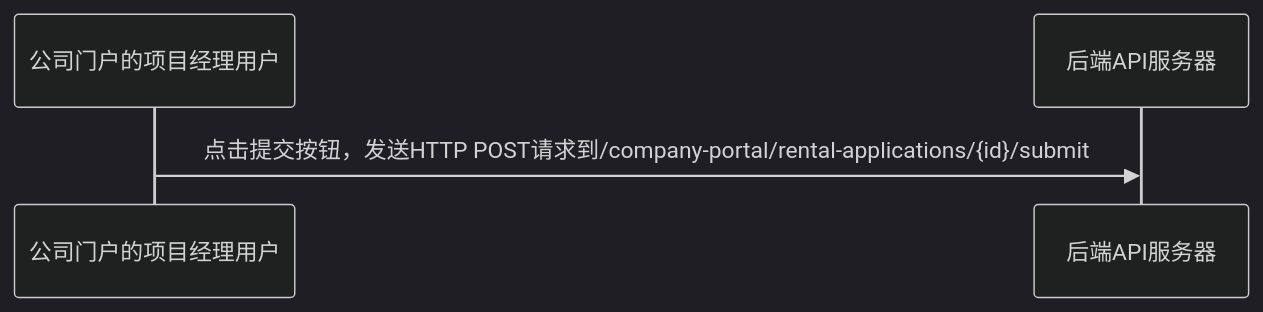
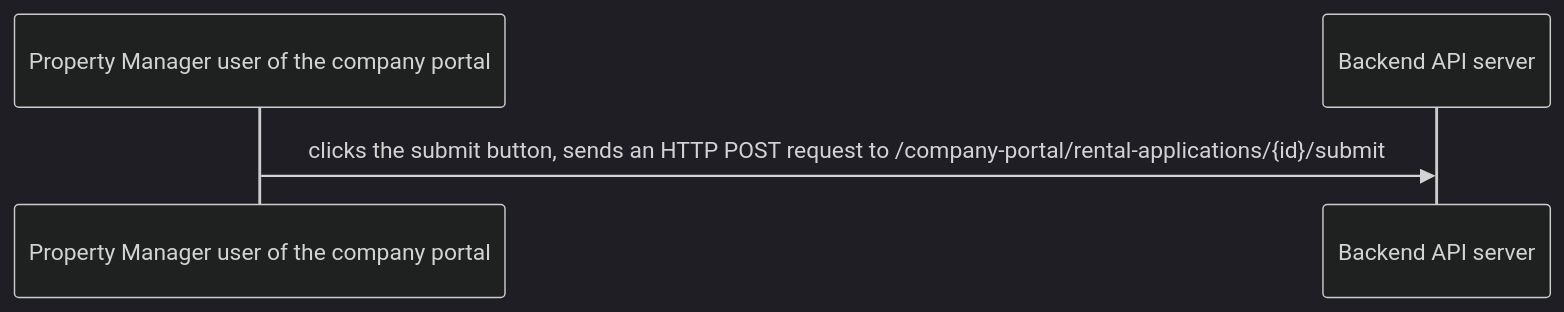
The first of 2 diagrams in skills/tools/session-topic/references/spec-writing-guide.md (35iter-cn/agents-config), drawn with Mermaid (dark theme) before and after one commit. The commit also changed other lines of this file and 5 other files, not shown here.

Commit message:
session-topic: dual-sequence numbering + artifact-remove in CLI; rewrite SKILL.md with references guides; fold implement-specs into implementation-flow-guide

````diff
--- a/skills/tools/session-topic/references/spec-writing-guide.md
+++ b/skills/tools/session-topic/references/spec-writing-guide.md
@@ -81,6 +79,6 @@
 ```mermaid
 sequenceDiagram
-    participant A as 公司门户的项目经理用户
-    participant B as 后端API服务器
-    A->>B: 点击提交按钮，发送HTTP POST请求到/company-portal/rental-applications/{id}/submit
+    participant A as Property Manager user of the company portal
+    participant B as Backend API server
+    A->>B: clicks the submit button, sends an HTTP POST request to /company-portal/rental-applications/{id}/submit
 ```
````
